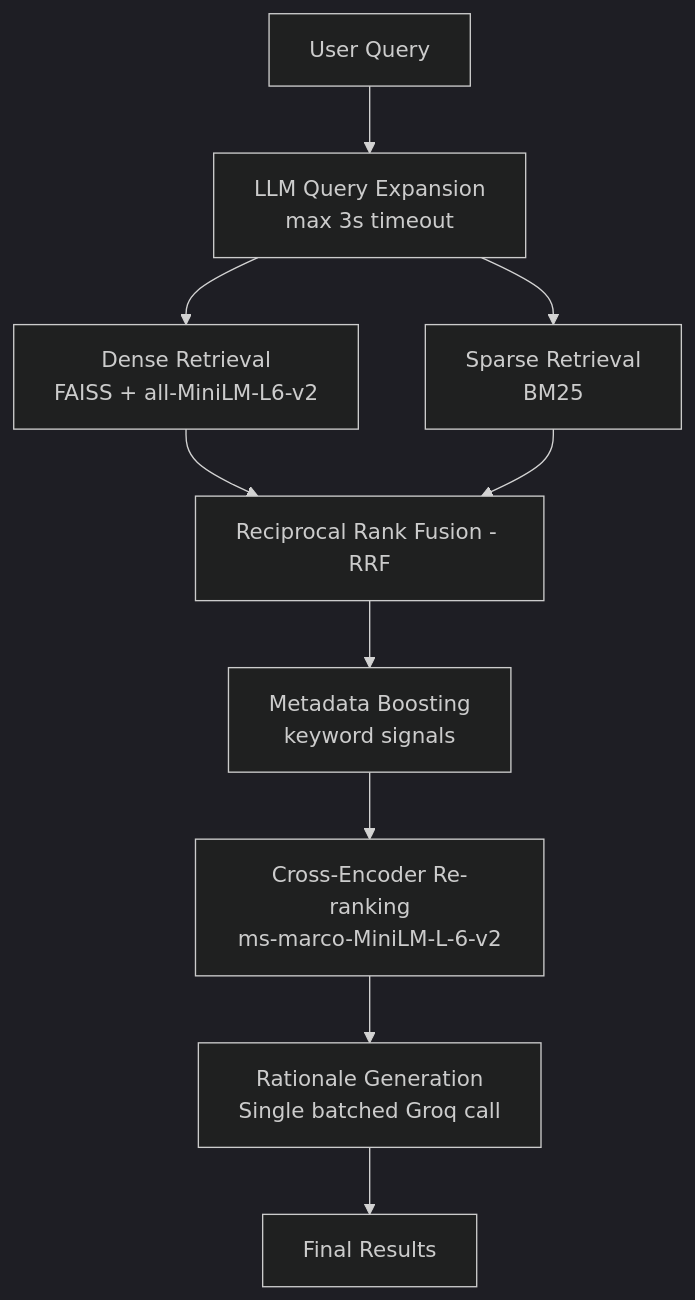
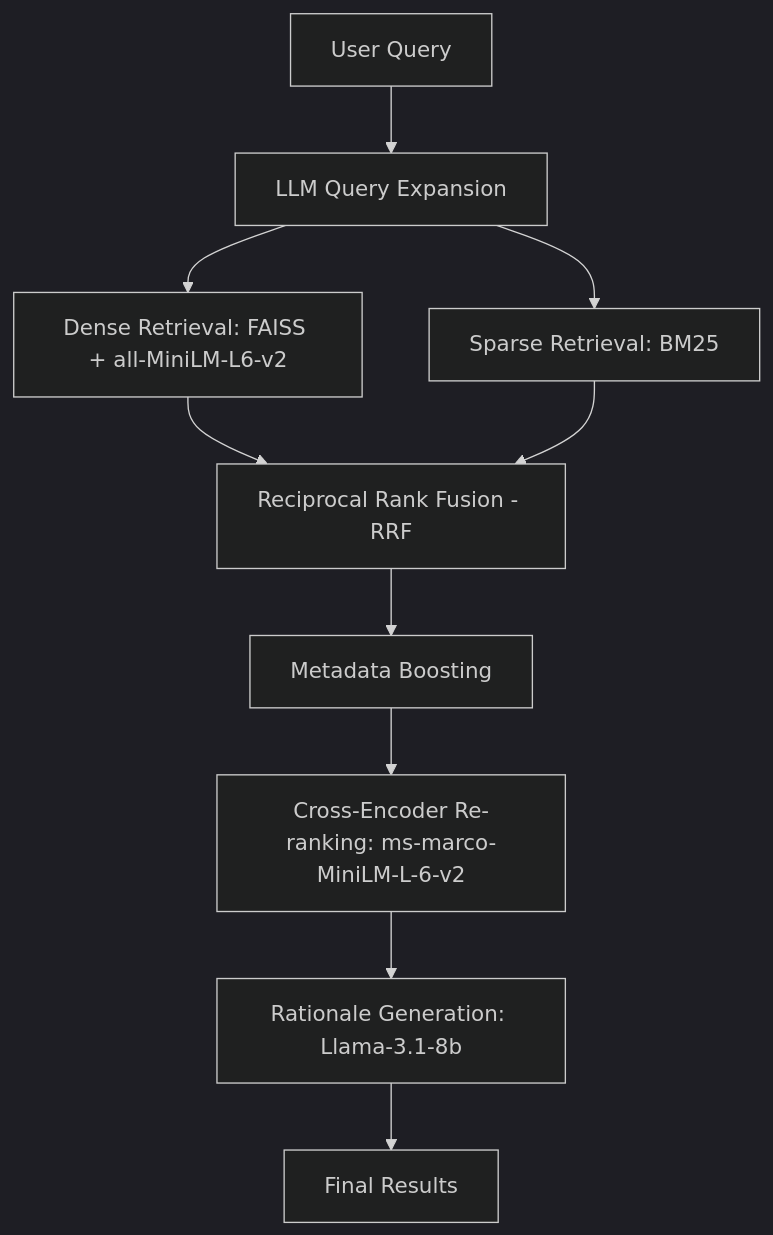
The diagram in README.md (Aksh2758/BIS), drawn with Mermaid (dark theme) before and after one commit. The commit also changed other lines of this file and 10 other files, not shown here.

Commit message:
feat: implement RAG pipeline with hybrid retrieval, LLM-based query expansion, and persistent FAISS/BM25 indexing.

````diff
--- a/README.md
+++ b/README.md
@@ -10,12 +191,12 @@
 ```mermaid
 graph TD
-    A[User Query] --> B[LLM Query Expansion\nmax 3s timeout]
-    B --> C1[Dense Retrieval\nFAISS + all-MiniLM-L6-v2]
-    B --> C2[Sparse Retrieval\nBM25]
+    A[User Query] --> B[LLM Query Expansion]
+    B --> C1[Dense Retrieval: FAISS + all-MiniLM-L6-v2]
+    B --> C2[Sparse Retrieval: BM25]
     C1 --> D[Reciprocal Rank Fusion - RRF]
     C2 --> D
-    D --> E[Metadata Boosting\nkeyword signals]
-    E --> F[Cross-Encoder Re-ranking\nms-marco-MiniLM-L-6-v2]
-    F --> G[Rationale Generation\nSingle batched Groq call]
+    D --> E[Metadata Boosting]
+    E --> F[Cross-Encoder Re-ranking: ms-marco-MiniLM-L-6-v2]
+    F --> G[Rationale Generation: Llama-3.1-8b]
     G --> H[Final Results]
 ```
````
